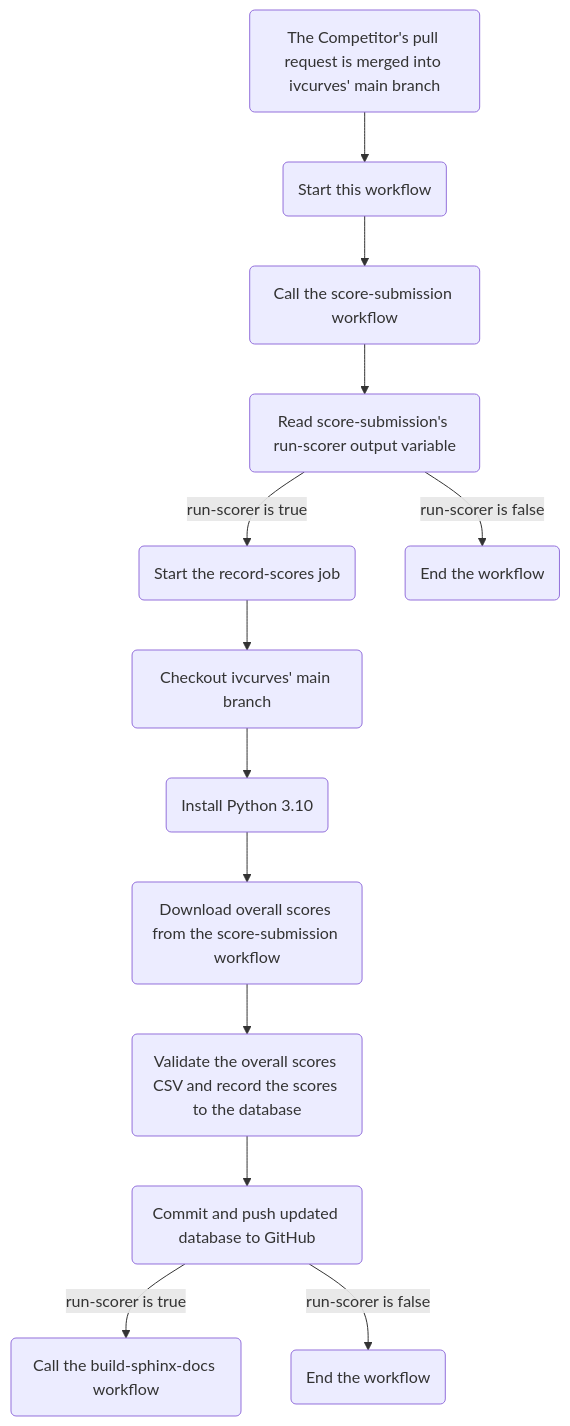
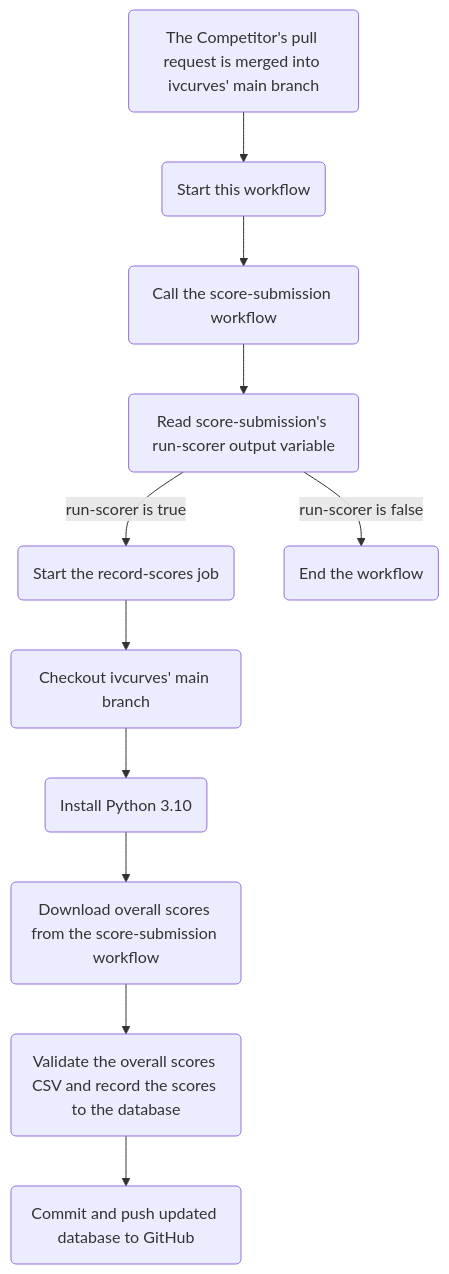
The diagram in docs/sphinx/source/reference/github_workflows/record_scores.rst (cwhanse/ivcurves), drawn with Mermaid before and after one commit. The commit also changed 6 other files, not shown here.

Commit message:
remove build-sphinx-docs workflow (#41)

```diff
--- a/docs/sphinx/source/reference/github_workflows/record_scores.rst
+++ b/docs/sphinx/source/reference/github_workflows/record_scores.rst
@@ -4,20 +4,17 @@
 .. mermaid::
 
    flowchart
    PullRequestMerged(The Competitor's pull request is merged into ivcurves' main branch) --> StartWorkflow(Start this workflow)
 
    StartWorkflow --> CallScoreSubmission(Call the score-submission workflow)
    CallScoreSubmission --> ReadPRConfig(Read score-submission's run-scorer output variable)
 
    ReadPRConfig -->|run-scorer is true| StartRecordScoresJob(Start the record-scores job)
    ReadPRConfig -->|run-scorer is false| TerminateWorkflow(End the workflow)
 
    StartRecordScoresJob --> CheckoutRecordScores(Checkout ivcurves' main branch)
    CheckoutRecordScores --> InstallPython310RecordScores(Install Python 3.10)
    InstallPython310RecordScores --> DownloadOverallScores(Download overall scores from the score-submission workflow)
    DownloadOverallScores --> ValidateAndRecordScores(Validate the overall scores CSV and record the scores to the database)
 
    ValidateAndRecordScores --> CommitModifiedDatabase(Commit and push updated database to GitHub)
-
-   CommitModifiedDatabase -->|run-scorer is true| StartBuildSphinxDocsWorkflow(Call the build-sphinx-docs workflow)
-   CommitModifiedDatabase -->|run-scorer is false| TerminateWorkflowRecordScores(End the workflow)
```
